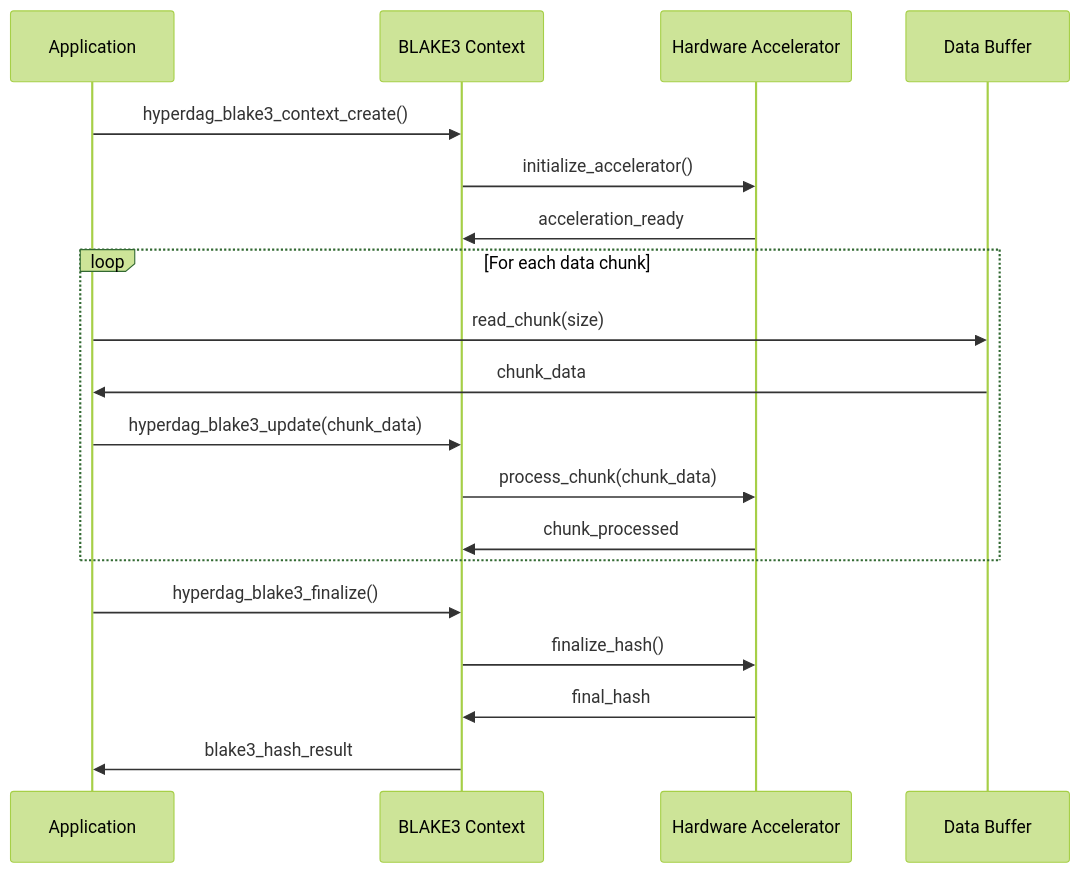
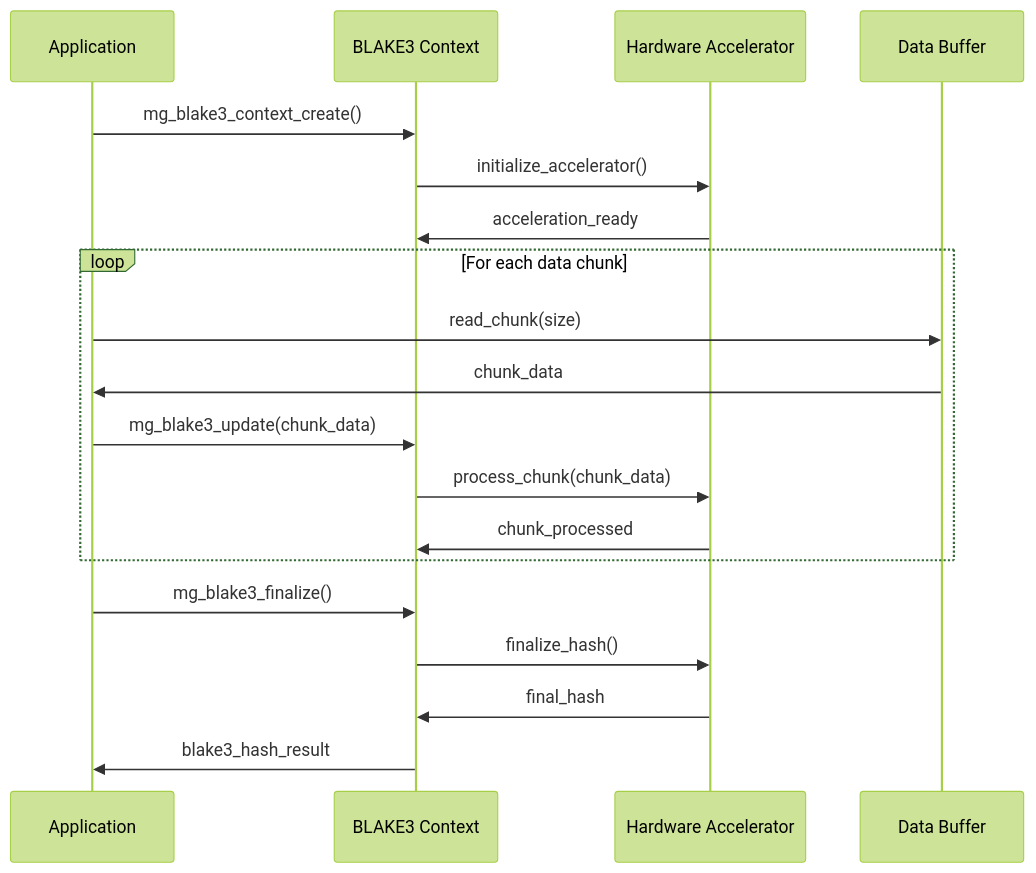
Before and after one commit to hyperdag/core: the third of 4 diagrams in docs/features/F004-blake3-cryptographic-integrity.md, drawn with Mermaid (forest theme). The commit also changed other lines of this file and 59 other files, not shown here.

````diff
--- a/docs/features/F004-blake3-cryptographic-integrity.md
+++ b/docs/features/F004-blake3-cryptographic-integrity.md
@@ -365,24 +365,24 @@
 ```mermaid
 sequenceDiagram
     participant App as Application
     participant Blake3 as BLAKE3 Context
     participant HW as Hardware Accelerator
     participant Buffer as Data Buffer
-    
-    App->>Blake3: hyperdag_blake3_context_create()
+
+    App->>Blake3: mg_blake3_context_create()
     Blake3->>HW: initialize_accelerator()
     HW->>Blake3: acceleration_ready
-    
+
     loop For each data chunk
         App->>Buffer: read_chunk(size)
         Buffer->>App: chunk_data
-        App->>Blake3: hyperdag_blake3_update(chunk_data)
+        App->>Blake3: mg_blake3_update(chunk_data)
         Blake3->>HW: process_chunk(chunk_data)
         HW->>Blake3: chunk_processed
     end
-    
-    App->>Blake3: hyperdag_blake3_finalize()
+
+    App->>Blake3: mg_blake3_finalize()
     Blake3->>HW: finalize_hash()
     HW->>Blake3: final_hash
     Blake3->>App: blake3_hash_result
 ```
````
